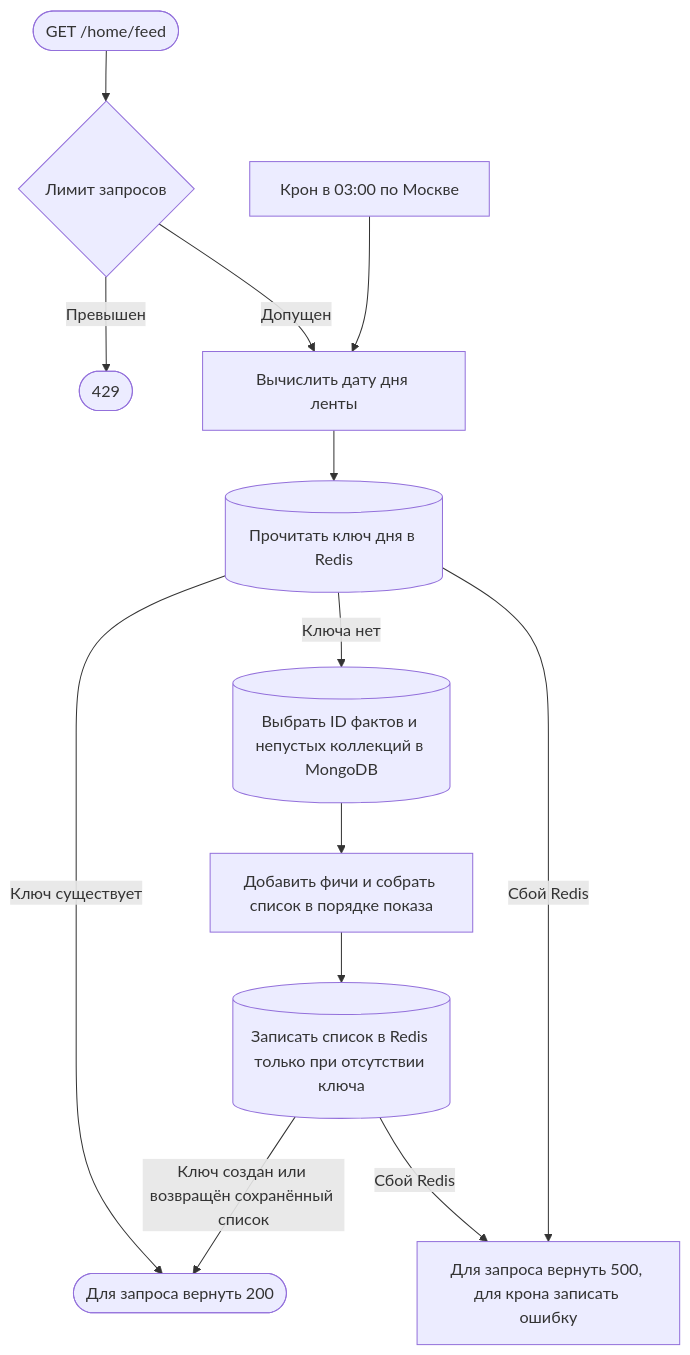
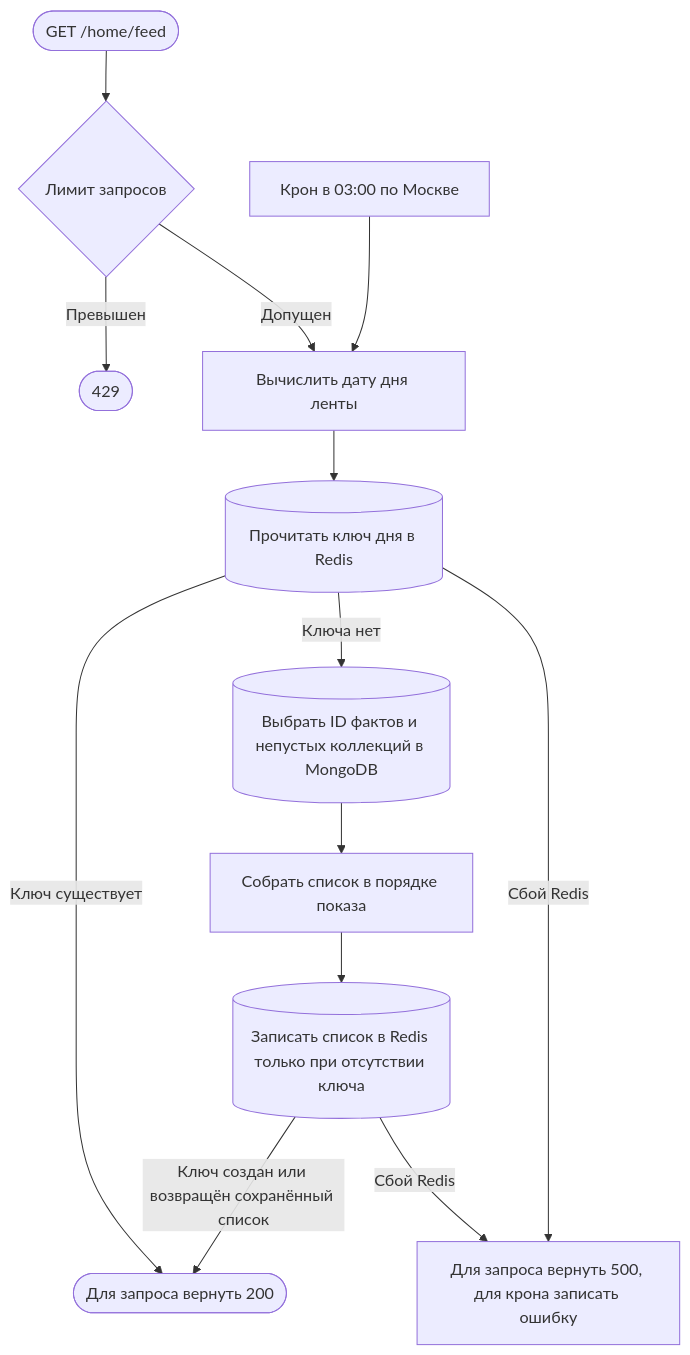
Before and after one commit to AmyGrooove/f95-tinder: the first of 8 diagrams in apps/api/public/docs/api/requestFlows/catalog.md, drawn with Mermaid. The commit also changed other lines of this file and 130 other files, not shown here.

````diff
--- a/apps/api/public/docs/api/requestFlows/catalog.md
+++ b/apps/api/public/docs/api/requestFlows/catalog.md
@@ -20,17 +19,17 @@
 ```mermaid
 flowchart TD
     accTitle: Подготовка и чтение дневной ленты
     accDescr: Крон и запрос читают ключ Redis по дате. При отсутствии ключа Redis сохраняет первый список или возвращает уже сохранённый.
     A(["GET /home/feed"]):::http --> G{"Лимит запросов"}:::action
     G -->|Превышен| L(["429"]):::http
     G -->|Допущен| B["Вычислить дату дня ленты"]:::action
     C["Крон в 03:00 по Москве"]:::action --> B
     B --> D[("Прочитать ключ дня в Redis")]:::data
     D -->|Ключ существует| R(["Для запроса вернуть 200"]):::http
     D -->|Ключа нет| E[("Выбрать ID фактов и непустых коллекций в MongoDB")]:::data
-    E --> F["Добавить фичи и собрать список в порядке показа"]:::action
+    E --> F["Собрать список в порядке показа"]:::action
     F --> H[("Записать список в Redis только при отсутствии ключа")]:::data
     H -->|Ключ создан или возвращён сохранённый список| R
     D -->|Сбой Redis| X["Для запроса вернуть 500, для крона записать ошибку"]:::action
     H -->|Сбой Redis| X
 ```
````
